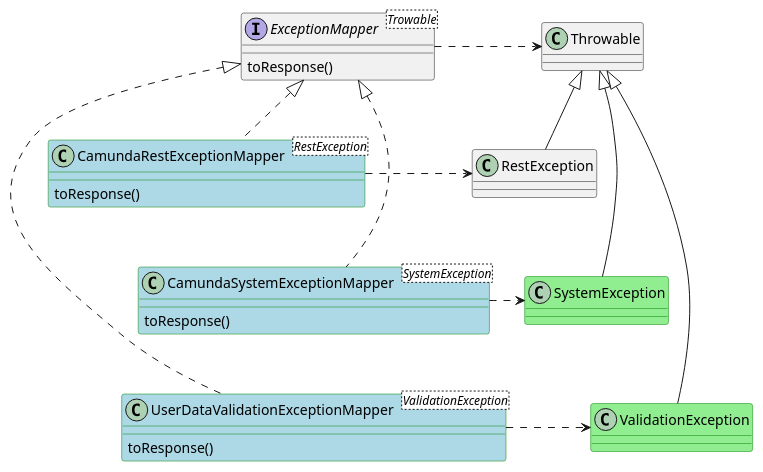
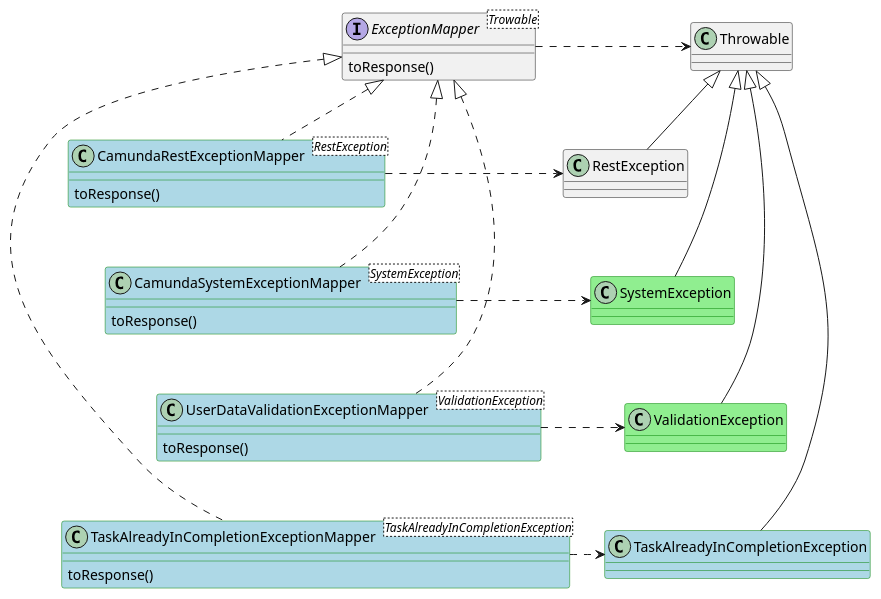
Before and after one commit to epam/edp-ddm-bpms: the fifth of 6 diagrams in docs/modules/bpms/pages/camunda-core-extensions.adoc, drawn with PlantUML. The commit also changed other lines of this file and 1 other file, not shown here.

Commit message:
[MDTUDDM-5114] added documentation about task completion synchronization

```diff
--- a/docs/modules/bpms/pages/camunda-core-extensions.adoc
+++ b/docs/modules/bpms/pages/camunda-core-extensions.adoc
@@ -171,32 +171,43 @@
 [plantuml,exception-mapping,svg]
 ----
 @startuml
 interface ExceptionMapper<Trowable> {
   toResponse()
 }
 
 class CamundaSystemExceptionMapper<SystemException> #back:lightblue;line:green;text:black implements ExceptionMapper {
   toResponse()
 }
 
 class CamundaRestExceptionMapper<RestException> #back:lightblue;line:green;text:black implements ExceptionMapper {
   toResponse()
 }
 
 class UserDataValidationExceptionMapper<ValidationException> #back:lightblue;line:green;text:black implements ExceptionMapper {
   toResponse()
 }
 
+
+class TaskAlreadyInCompletionExceptionMapper<TaskAlreadyInCompletionException> #back:lightblue;line:green;text:black implements ExceptionMapper {
+  toResponse()
+}
+
 class RestException extends Throwable
 class SystemException #back:lightgreen;line:green;text:black extends Throwable
 class ValidationException #back:lightgreen;line:green;text:black extends Throwable
+class TaskAlreadyInCompletionException #back:lightblue;line:green;text:black extends Throwable
 
 ExceptionMapper .> Throwable
 CamundaRestExceptionMapper .> RestException
 CamundaSystemExceptionMapper .> SystemException
 UserDataValidationExceptionMapper .> ValidationException
+TaskAlreadyInCompletionExceptionMapper .> TaskAlreadyInCompletionException
 
 CamundaRestExceptionMapper --[hidden]> CamundaSystemExceptionMapper
 CamundaSystemExceptionMapper --[hidden]> UserDataValidationExceptionMapper
+UserDataValidationExceptionMapper --[hidden]> TaskAlreadyInCompletionExceptionMapper
+RestException --[hidden]> SystemException
+SystemException --[hidden]> ValidationException
+ValidationException --[hidden]> TaskAlreadyInCompletionException
 @enduml
 ----
```
